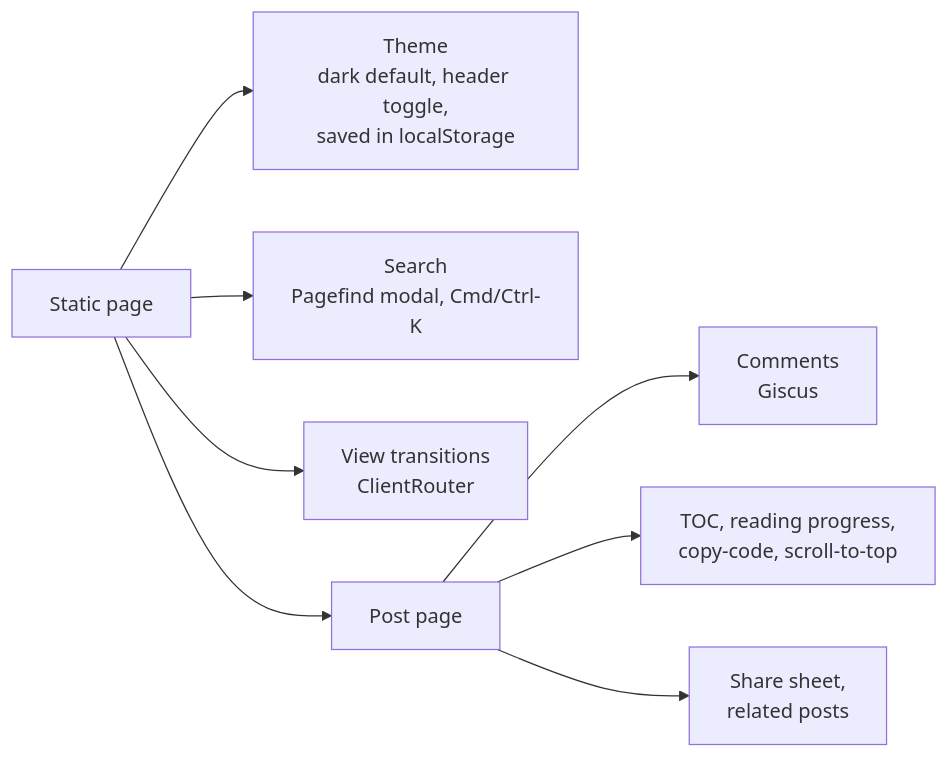
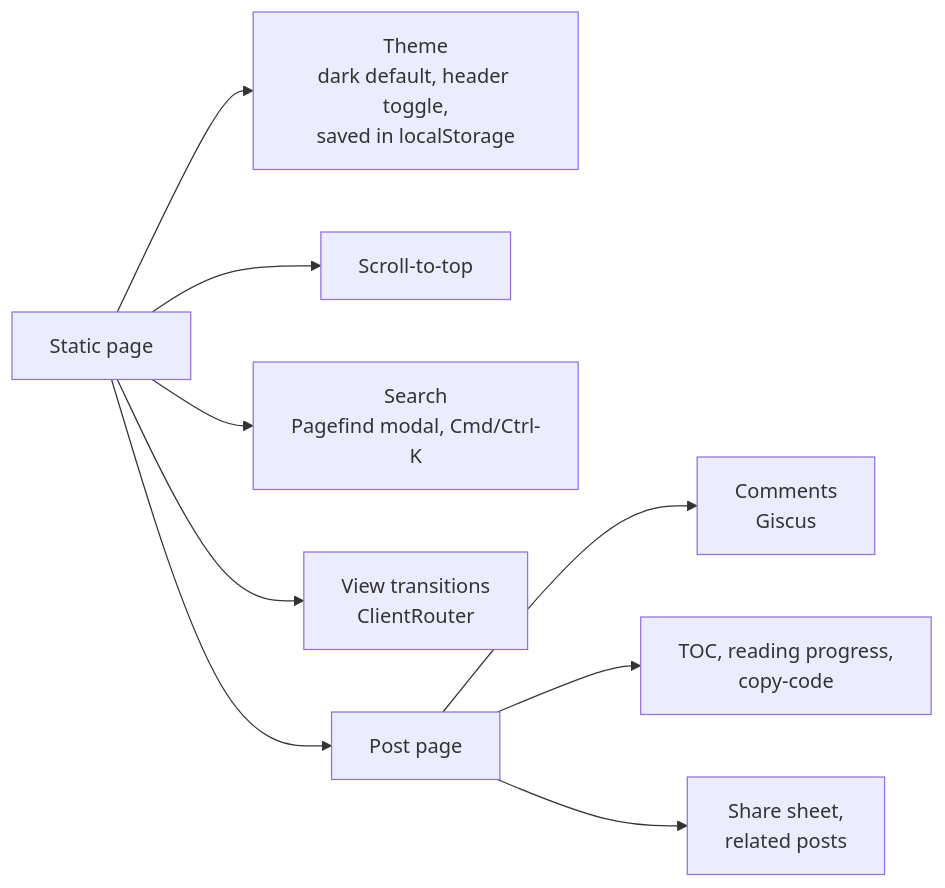
The fourth of 4 diagrams in docs/architecture.md (MohammedEl-sayedAhmed/writeups), drawn with Mermaid before and after one commit. The commit also changed other lines of this file and 7 other files, not shown here.

First line of the commit message:
docs(#81): fix three diagram details and harden the drift test

````diff
--- a/docs/architecture.md
+++ b/docs/architecture.md
@@ -135,11 +135,12 @@
 ```mermaid
 flowchart LR
     page["Static page"]
     page --> theme["Theme<br/>dark default, header toggle,<br/>saved in localStorage"]
+    page --> top["Scroll-to-top"]
     page --> search["Search<br/>Pagefind modal, Cmd/Ctrl-K"]
     page --> nav["View transitions<br/>ClientRouter"]
     page --> post["Post page"]
     post --> comments["Comments<br/>Giscus"]
-    post --> reading["TOC, reading progress,<br/>copy-code, scroll-to-top"]
+    post --> reading["TOC, reading progress,<br/>copy-code"]
     post --> social["Share sheet,<br/>related posts"]
 ```
````
